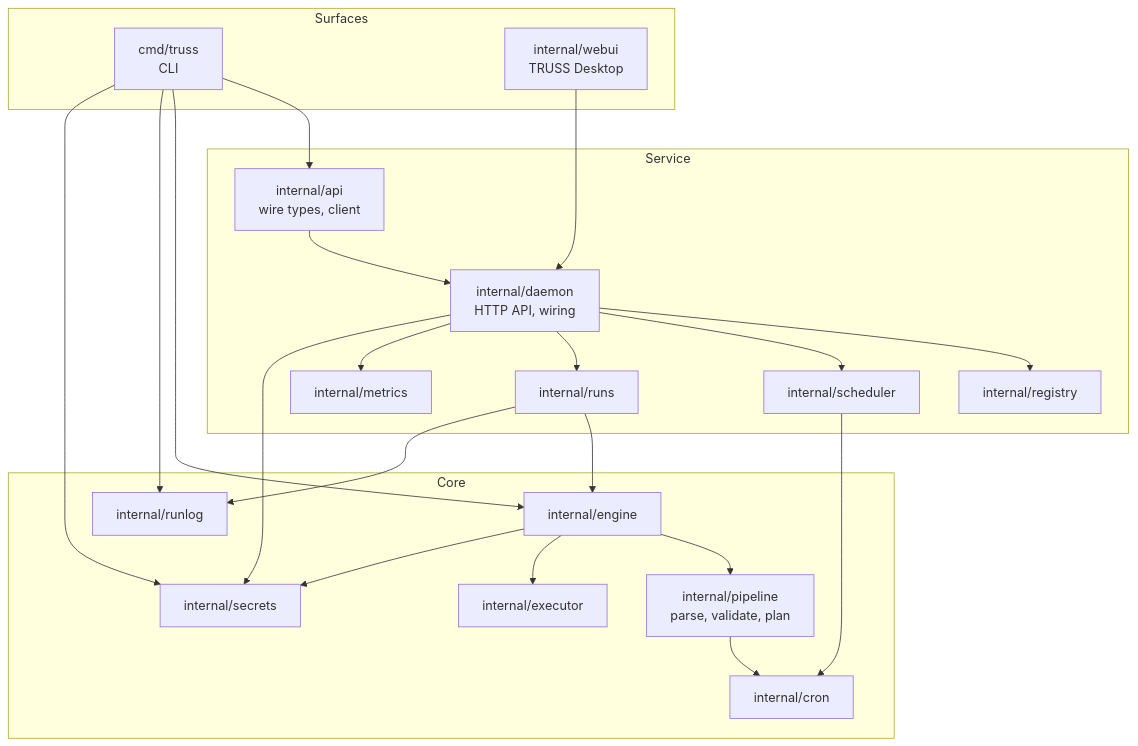
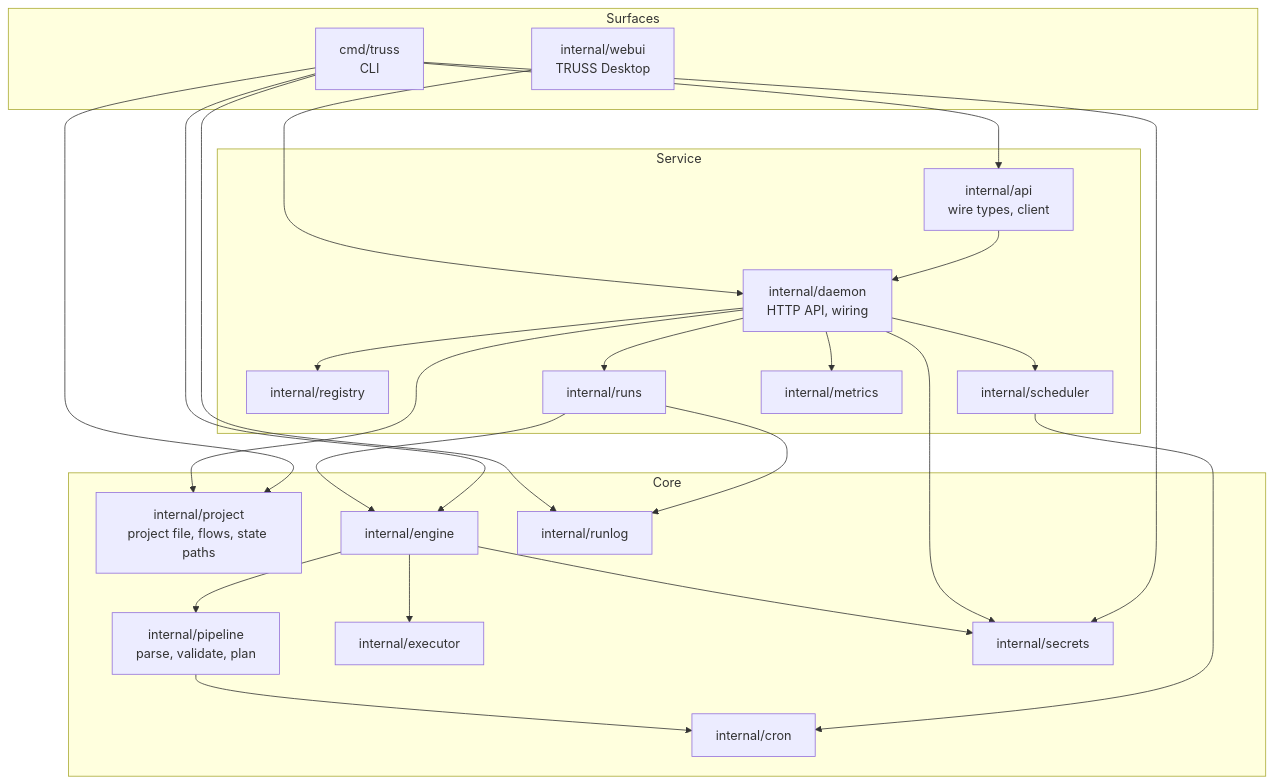
Before and after one commit to afri-bit/truss: the first of 2 diagrams in docs/architecture.md, drawn with Mermaid. The commit also changed other lines of this file and 10 other files, not shown here.

````diff
--- a/docs/architecture.md
+++ b/docs/architecture.md
@@ -8,37 +8,40 @@
 ```mermaid
 flowchart TB
     subgraph surface["Surfaces"]
         cli["cmd/truss<br/>CLI"]
         ui["internal/webui<br/>TRUSS Desktop"]
     end
     subgraph service["Service"]
         api["internal/api<br/>wire types, client"]
         daemon["internal/daemon<br/>HTTP API, wiring"]
         registry["internal/registry"]
         scheduler["internal/scheduler"]
         runs["internal/runs"]
         metrics["internal/metrics"]
     end
     subgraph core["Core"]
+        project["internal/project<br/>project file, flows, state paths"]
         pipeline["internal/pipeline<br/>parse, validate, plan"]
         cron["internal/cron"]
         engine["internal/engine"]
         executor["internal/executor"]
         runlog["internal/runlog"]
         secrets["internal/secrets"]
     end
 
     cli --> api --> daemon
     ui --> daemon
     cli --> engine
+    cli --> project
+    daemon --> project
     daemon --> registry & scheduler & runs & metrics
     scheduler --> cron
     runs --> engine
     engine --> pipeline & executor
     pipeline --> cron
     runs --> runlog
     cli --> runlog
     cli --> secrets
     daemon --> secrets
     engine --> secrets
 ```
````
